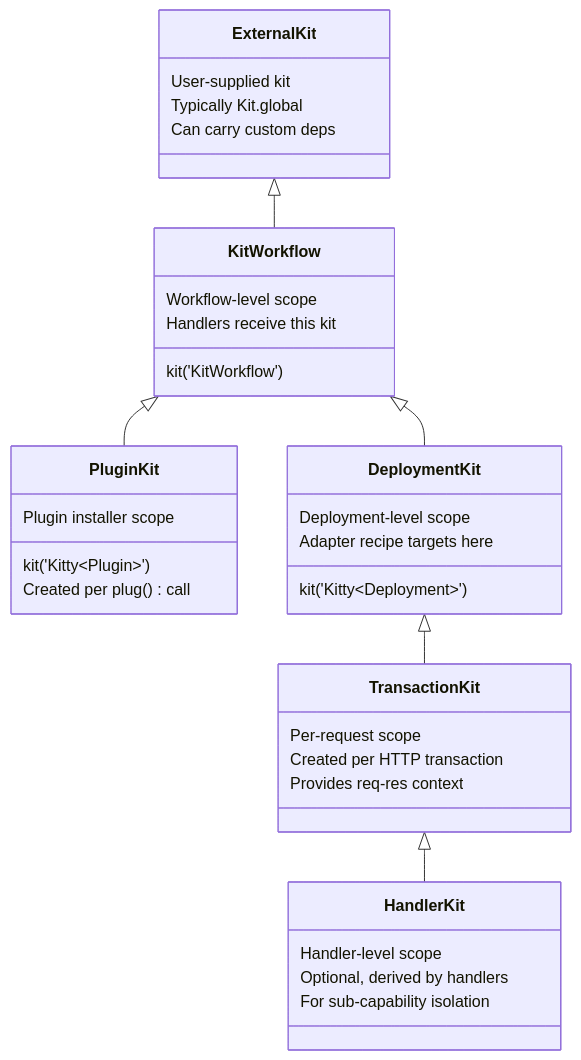
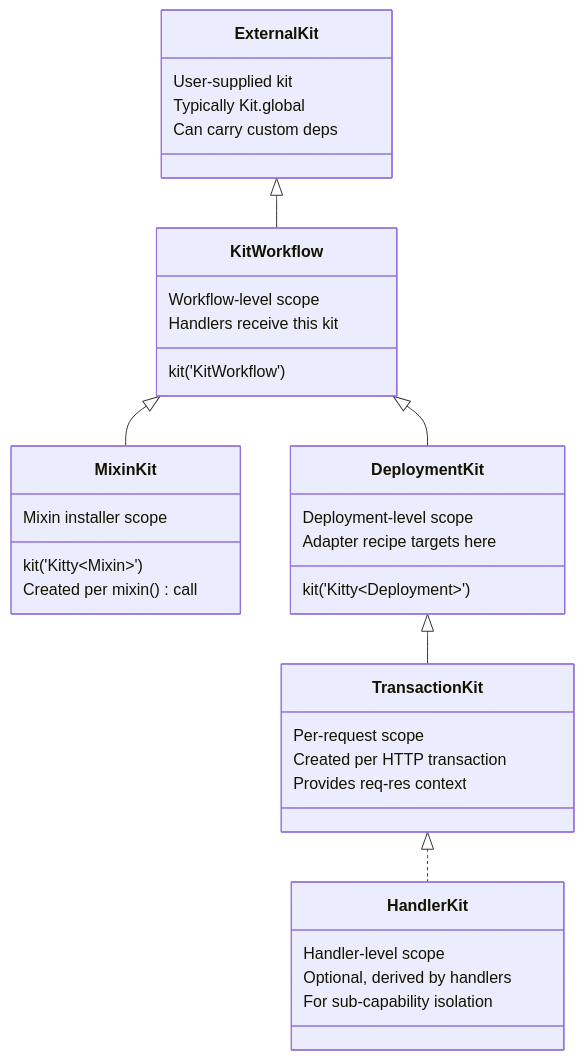
One commit to produck/kitty changed the diagram in packages/workflow/DESIGN.md. Above: the diagram before and after it, drawn with Mermaid. The commit also changed other lines of this file and 1 other file, not shown here.

Commit message:
@produck/kitty-workflow: [REFACTOR] rename plug/PluginKit to mixin/MixinKit [REFACTOR] <docs>: sync DESIGN.md with new naming and optional HandlerKit

````diff
--- a/packages/workflow/DESIGN.md
+++ b/packages/workflow/DESIGN.md
@@ -66,39 +66,39 @@
 ```mermaid
 classDiagram
   class ExternalKit {
     User-supplied kit
     Typically Kit.global
     Can carry custom deps
   }
   class KitWorkflow {
     Workflow-level scope
     kit('KitWorkflow')
     Handlers receive this kit
   }
-  class PluginKit {
-    Plugin installer scope
-    kit('Kitty&lt;Plugin&gt;')
-    Created per plug() call
+  class MixinKit {
+    Mixin installer scope
+    kit('Kitty&lt;Mixin&gt;')
+    Created per mixin() call
   }
   class DeploymentKit {
     Deployment-level scope
     kit('Kitty&lt;Deployment&gt;')
     Adapter recipe targets here
   }
   class TransactionKit {
     Per-request scope
     Created per HTTP transaction
     Provides req-res context
   }
   class HandlerKit {
     Handler-level scope
     Optional, derived by handlers
     For sub-capability isolation
   }
 
   ExternalKit <|-- KitWorkflow
-  KitWorkflow <|-- PluginKit
+  KitWorkflow <|-- MixinKit
   KitWorkflow <|-- DeploymentKit
   DeploymentKit <|-- TransactionKit
-  TransactionKit <|-- HandlerKit
+  TransactionKit <|.. HandlerKit
 ```
````
